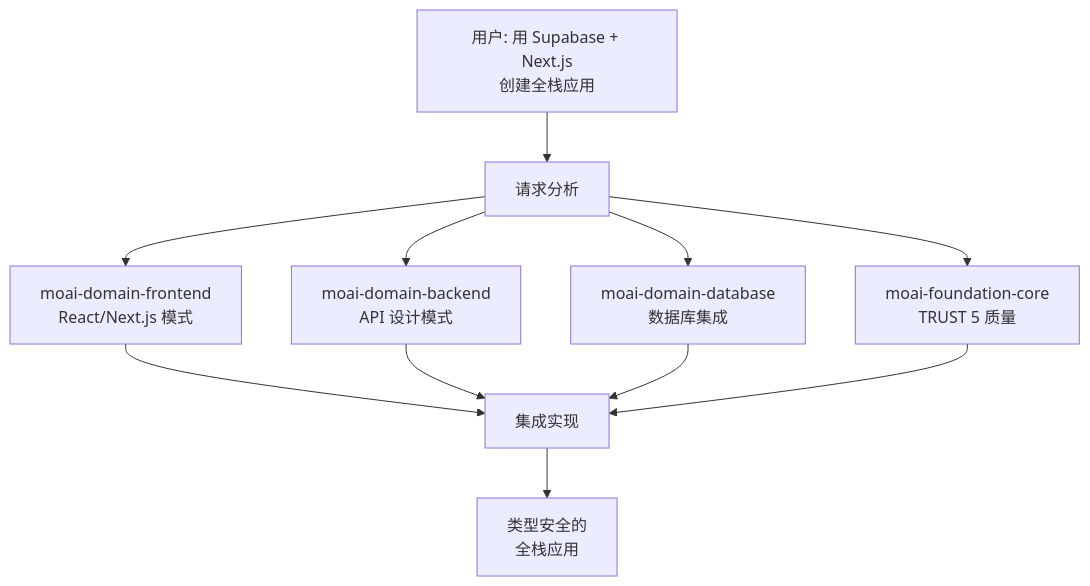
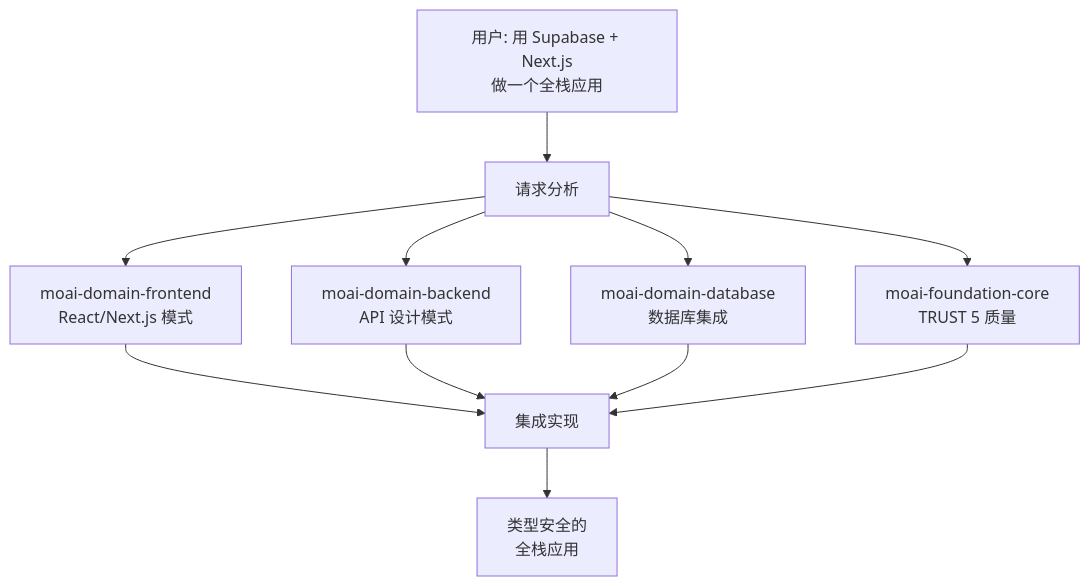
Before and after one commit to modu-ai/moai-adk: the fourth of 4 diagrams in docs-site/content/zh/advanced/skill-guide.md, drawn with Mermaid. The commit also changed other lines of this file and 395 other files, not shown here.

````diff
--- a/docs-site/content/zh/advanced/skill-guide.md
+++ b/docs-site/content/zh/advanced/skill-guide.md
@@ -313,16 +308,16 @@
 ```mermaid
 flowchart TD
-    REQ["用户: 用 Supabase + Next.js<br>创建全栈应用"] --> ANALYZE[请求分析]
+    REQ["用户: 用 Supabase + Next.js<br>做一个全栈应用"] --> ANALYZE[请求分析]
 
     ANALYZE --> S1["moai-domain-frontend<br>React/Next.js 模式"]
     ANALYZE --> S2["moai-domain-backend<br>API 设计模式"]
     ANALYZE --> S3["moai-domain-database<br>数据库集成"]
     ANALYZE --> S4["moai-foundation-core<br>TRUST 5 质量"]
 
     S1 --> IMPL[集成实现]
     S2 --> IMPL
     S3 --> IMPL
     S4 --> IMPL
 
     IMPL --> RESULT["类型安全的<br>全栈应用"]
 ```
````
